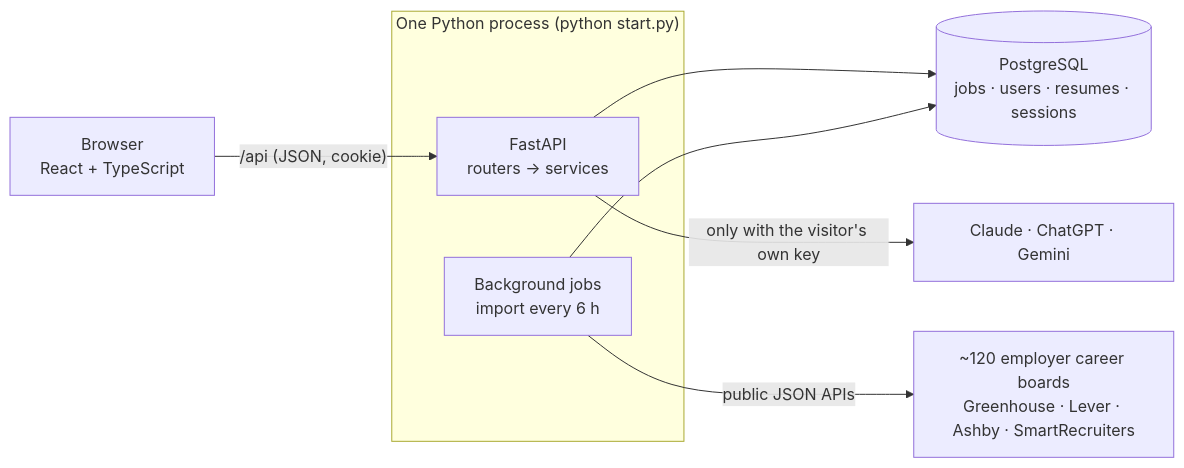
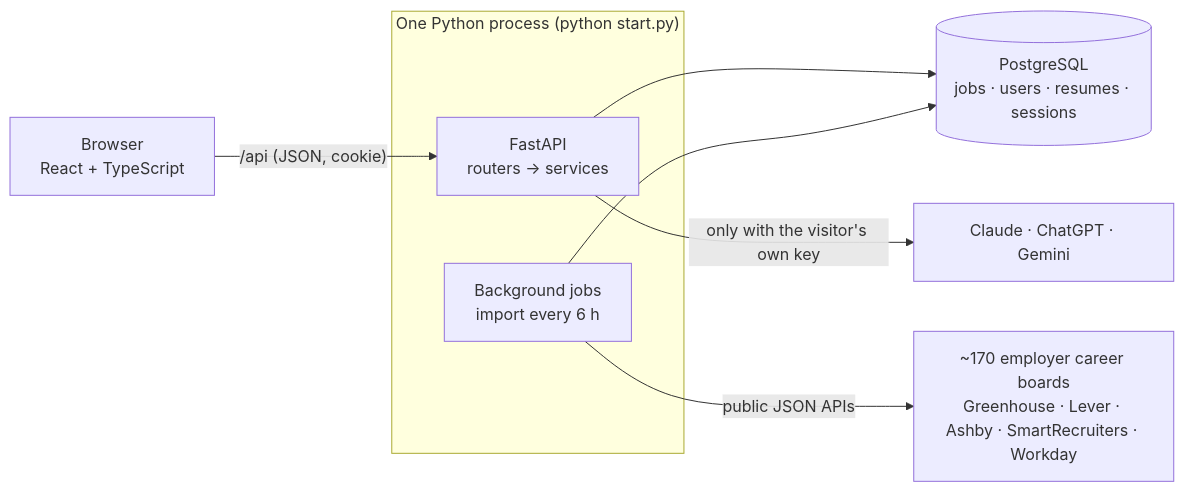
One commit to mbendari7/COOP-Radar changed the diagram in guides/how-it-works/README.md. Above: the diagram before and after it, drawn with Mermaid. The commit also changed other lines of this file and 64 other files, not shown here.

````diff
--- a/guides/how-it-works/README.md
+++ b/guides/how-it-works/README.md
@@ -124,12 +124,12 @@
 ```mermaid
 flowchart LR
     B["Browser<br/>React + TypeScript"] -->|"/api (JSON, cookie)"| API
     subgraph Server["One Python process (python start.py)"]
       API["FastAPI<br/>routers → services"]
       JOBS["Background jobs<br/>import every 6 h"]
     end
     API --> DB[("PostgreSQL<br/>jobs · users · resumes · sessions")]
     JOBS --> DB
-    JOBS -->|"public JSON APIs"| BOARDS["~120 employer career boards<br/>Greenhouse · Lever · Ashby · SmartRecruiters"]
+    JOBS -->|"public JSON APIs"| BOARDS["~170 employer career boards<br/>Greenhouse · Lever · Ashby · SmartRecruiters · Workday"]
     API -->|"only with the visitor's own key"| AI["Claude · ChatGPT · Gemini"]
 ```
````
